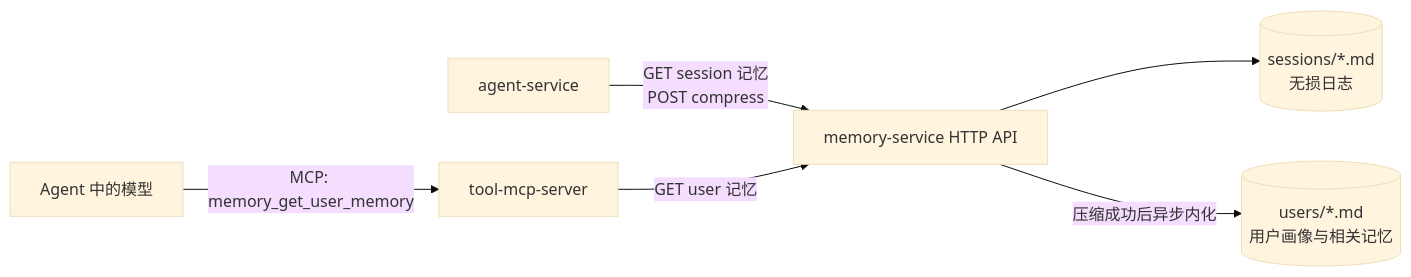
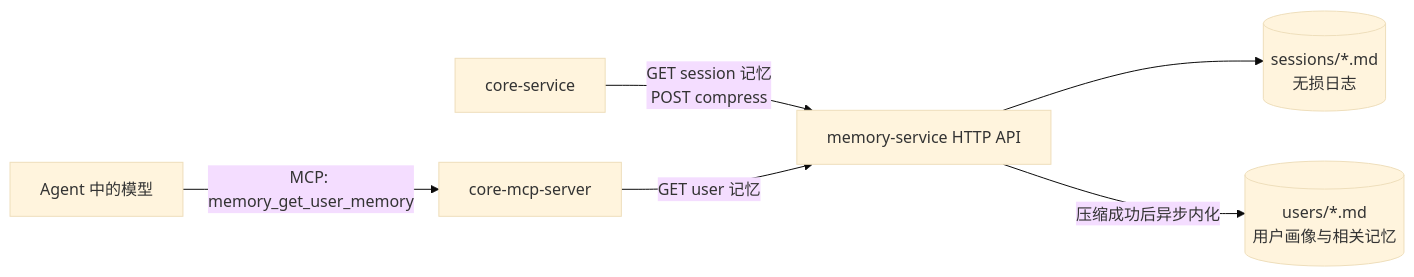
The first of 2 diagrams in docs/memory-service.md (tamakara/AIChan), drawn with Mermaid (base theme) before and after one commit. The commit also changed other lines of this file and 168 other files, not shown here.

````diff
--- a/docs/memory-service.md
+++ b/docs/memory-service.md
@@ -14,8 +14,8 @@
 ```mermaid
 flowchart LR
-    agent[agent-service] -->|GET session 记忆<br/>POST compress| api[memory-service HTTP API]
+    agent[core-service] -->|GET session 记忆<br/>POST compress| api[memory-service HTTP API]
     api --> session[(sessions/*.md<br/>无损日志)]
     api -->|压缩成功后异步内化| user[(users/*.md<br/>用户画像与相关记忆)]
-    tools[tool-mcp-server] -->|GET user 记忆| api
+    tools[core-mcp-server] -->|GET user 记忆| api
     model[Agent 中的模型] -->|MCP: memory_get_user_memory| tools
 ```
````
